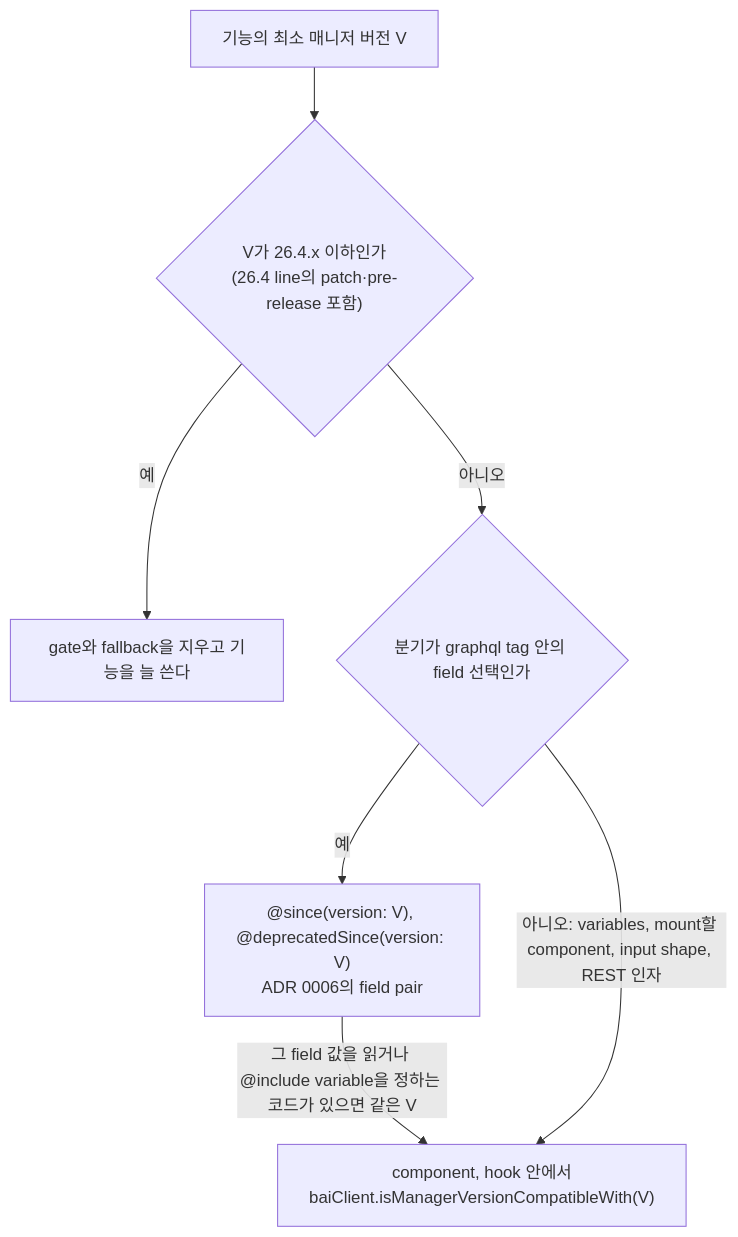
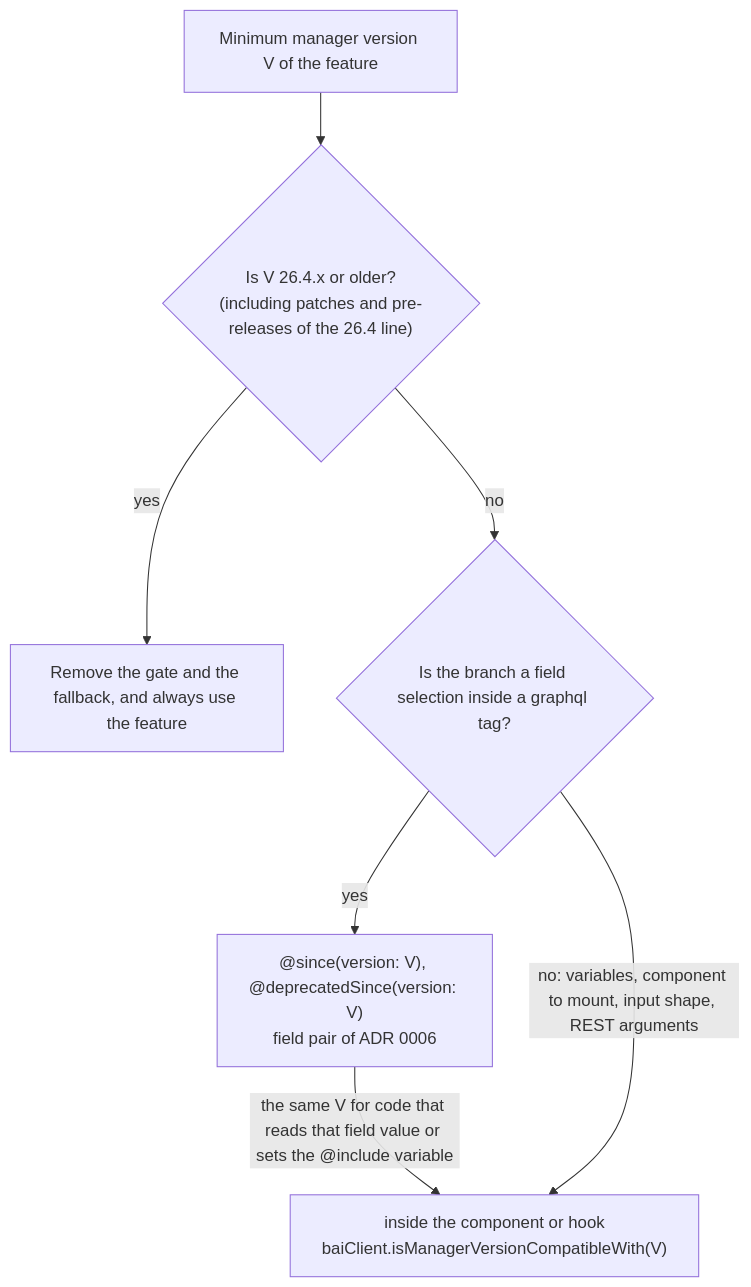
Before and after one commit to lablup/backend.ai-webui: the second of 2 diagrams in docs/adr/0010-component-level-manager-version-gates.md, drawn with Mermaid. The commit also changed other lines of this file and 15 other files, not shown here.

First line of the commit message:
chore(#10802): translate ADR 0003–0017 and ARCHITECTURE.md into English

````diff
--- a/docs/adr/0010-component-level-manager-version-gates.md
+++ b/docs/adr/0010-component-level-manager-version-gates.md
@@ -47,15 +47,15 @@
 ```mermaid
 flowchart TD
-  gate["기능의 최소 매니저 버전 V"]
-  floor{"V가 26.4.x 이하인가<br/>(26.4 line의 patch·pre-release 포함)"}
-  remove["gate와 fallback을 지우고 기능을 늘 쓴다"]
-  kind{"분기가 graphql tag 안의 field 선택인가"}
-  pair["@since(version: V), @deprecatedSince(version: V)<br/>ADR 0006의 field pair"]
-  inline["component, hook 안에서<br/>baiClient.isManagerVersionCompatibleWith(V)"]
+  gate["Minimum manager version V of the feature"]
+  floor{"Is V 26.4.x or older?<br/>(including patches and pre-releases of the 26.4 line)"}
+  remove["Remove the gate and the fallback, and always use the feature"]
+  kind{"Is the branch a field selection inside a graphql tag?"}
+  pair["@since(version: V), @deprecatedSince(version: V)<br/>field pair of ADR 0006"]
+  inline["inside the component or hook<br/>baiClient.isManagerVersionCompatibleWith(V)"]
   gate --> floor
-  floor -- "예" --> remove
-  floor -- "아니오" --> kind
-  kind -- "예" --> pair
-  pair -- "그 field 값을 읽거나 @include variable을 정하는 코드가 있으면 같은 V" --> inline
-  kind -- "아니오: variables, mount할 component, input shape, REST 인자" --> inline
+  floor -- "yes" --> remove
+  floor -- "no" --> kind
+  kind -- "yes" --> pair
+  pair -- "the same V for code that reads that field value or sets the @include variable" --> inline
+  kind -- "no: variables, component to mount, input shape, REST arguments" --> inline
 ```
````
